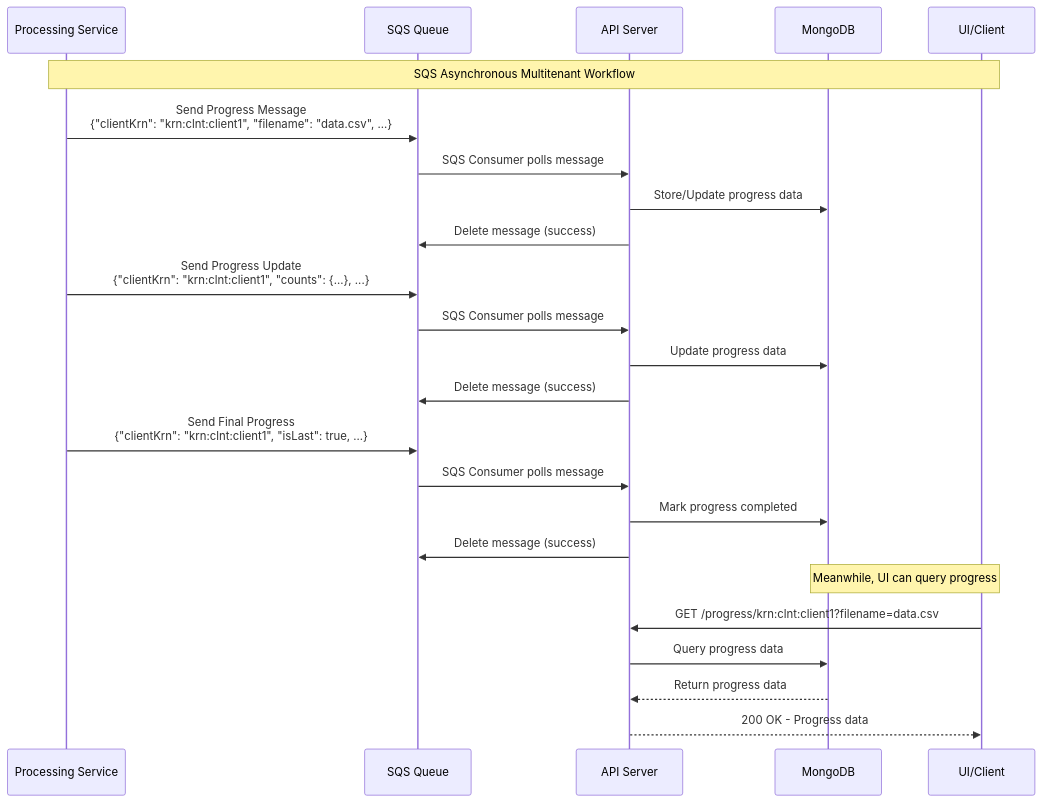
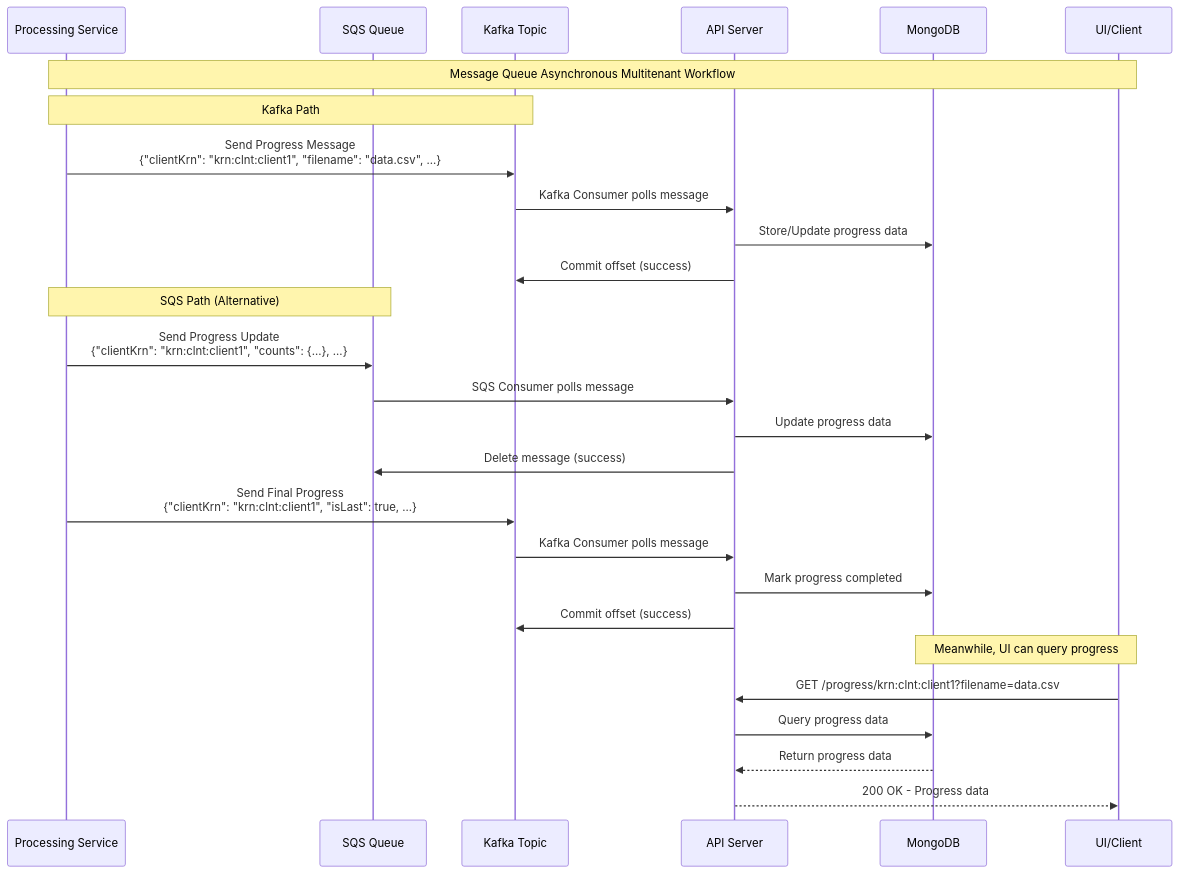
The second of 3 diagrams in use-cases.md (pirkus/pebbles), drawn with Mermaid before and after one commit. The commit also changed other lines of this file and 9 other files, not shown here.

Commit message:
feat: add Kafka consumer with tests and documentation

````diff
--- a/use-cases.md
+++ b/use-cases.md
@@ -84,31 +87,34 @@
 ```mermaid
 sequenceDiagram
     participant P as Processing Service
-    participant Q as SQS Queue
+    participant SQ as SQS Queue
+    participant KQ as Kafka Topic
     participant A as API Server
     participant D as MongoDB
     participant U as UI/Client
     
-    Note over P,U: SQS Asynchronous Multitenant Workflow
+    Note over P,U: Message Queue Asynchronous Multitenant Workflow
     
-    P->>Q: Send Progress Message<br/>{"clientKrn": "krn:clnt:client1", "filename": "data.csv", ...}
-    Q->>A: SQS Consumer polls message
+    Note over P,KQ: Kafka Path
+    P->>KQ: Send Progress Message<br/>{"clientKrn": "krn:clnt:client1", "filename": "data.csv", ...}
+    KQ->>A: Kafka Consumer polls message
     A->>D: Store/Update progress data
-    A->>Q: Delete message (success)
+    A->>KQ: Commit offset (success)
     
-    P->>Q: Send Progress Update<br/>{"clientKrn": "krn:clnt:client1", "counts": {...}, ...}
-    Q->>A: SQS Consumer polls message
+    Note over P,SQ: SQS Path (Alternative)
+    P->>SQ: Send Progress Update<br/>{"clientKrn": "krn:clnt:client1", "counts": {...}, ...}
+    SQ->>A: SQS Consumer polls message
     A->>D: Update progress data
-    A->>Q: Delete message (success)
+    A->>SQ: Delete message (success)
     
-    P->>Q: Send Final Progress<br/>{"clientKrn": "krn:clnt:client1", "isLast": true, ...}
-    Q->>A: SQS Consumer polls message
+    P->>KQ: Send Final Progress<br/>{"clientKrn": "krn:clnt:client1", "isLast": true, ...}
+    KQ->>A: Kafka Consumer polls message
     A->>D: Mark progress completed
-    A->>Q: Delete message (success)
+    A->>KQ: Commit offset (success)
     
     Note over U,D: Meanwhile, UI can query progress
     U->>A: GET /progress/krn:clnt:client1?filename=data.csv
     A->>D: Query progress data
     D-->>A: Return progress data
     A-->>U: 200 OK - Progress data
 ```
````
